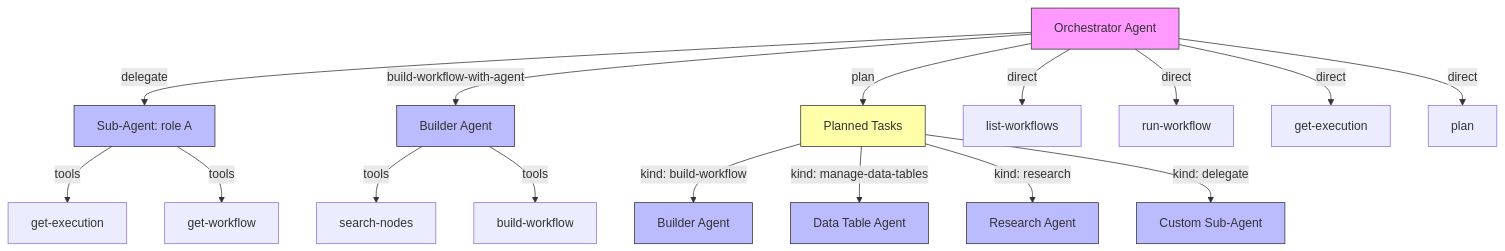
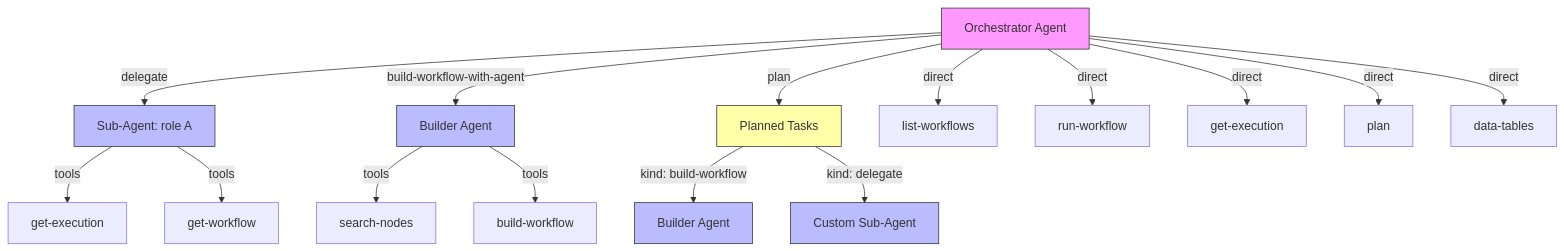
One commit to mayankjain1815-commits/n8n changed the second of 2 diagrams in packages/@n8n/instance-ai/docs/architecture.md. Above: the diagram before and after it, drawn with Mermaid. The commit also changed other lines of this file and 118 other files, not shown here.

````diff
--- a/packages/@n8n/instance-ai/docs/architecture.md
+++ b/packages/@n8n/instance-ai/docs/architecture.md
@@ -132,29 +132,26 @@
 ```mermaid
 graph TD
     O[Orchestrator Agent] -->|delegate| S1[Sub-Agent: role A]
     O -->|build-workflow-with-agent| S2[Builder Agent]
     O -->|plan| S3[Planned Tasks]
     O -->|direct| T1[list-workflows]
     O -->|direct| T2[run-workflow]
     O -->|direct| T3[get-execution]
     O -->|direct| T4[plan]
+    O -->|direct| T5[data-tables]
 
     S3 -->|kind: build-workflow| S4[Builder Agent]
-    S3 -->|kind: manage-data-tables| S5[Data Table Agent]
-    S3 -->|kind: research| S6[Research Agent]
     S3 -->|kind: delegate| S7[Custom Sub-Agent]
 
-    S1 -->|tools| T5[get-execution]
-    S1 -->|tools| T6[get-workflow]
-    S2 -->|tools| T7[search-nodes]
-    S2 -->|tools| T8[build-workflow]
+    S1 -->|tools| T6[get-execution]
+    S1 -->|tools| T7[get-workflow]
+    S2 -->|tools| T8[search-nodes]
+    S2 -->|tools| T9[build-workflow]
 
     style O fill:#f9f,stroke:#333
     style S1 fill:#bbf,stroke:#333
     style S2 fill:#bbf,stroke:#333
     style S3 fill:#ffa,stroke:#333
     style S4 fill:#bbf,stroke:#333
-    style S5 fill:#bbf,stroke:#333
-    style S6 fill:#bbf,stroke:#333
     style S7 fill:#bbf,stroke:#333
 ```
````
